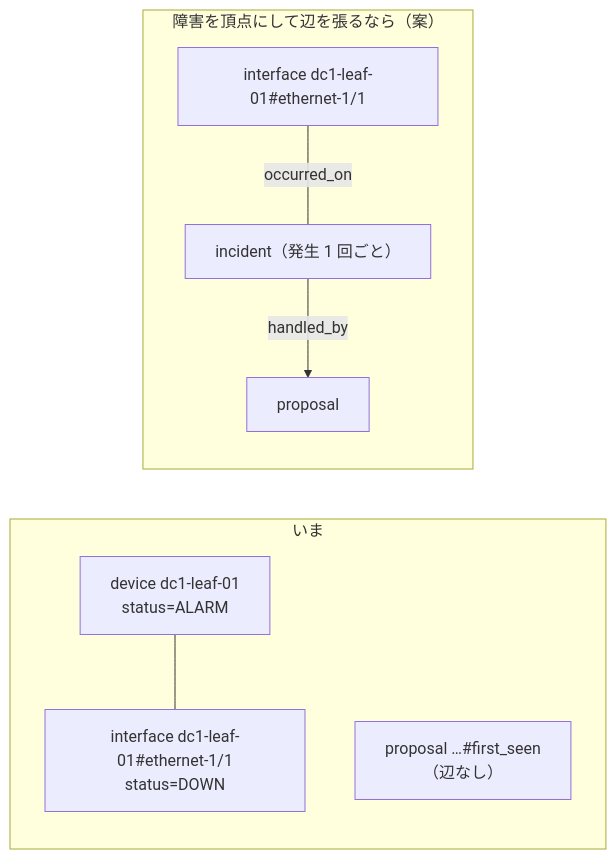
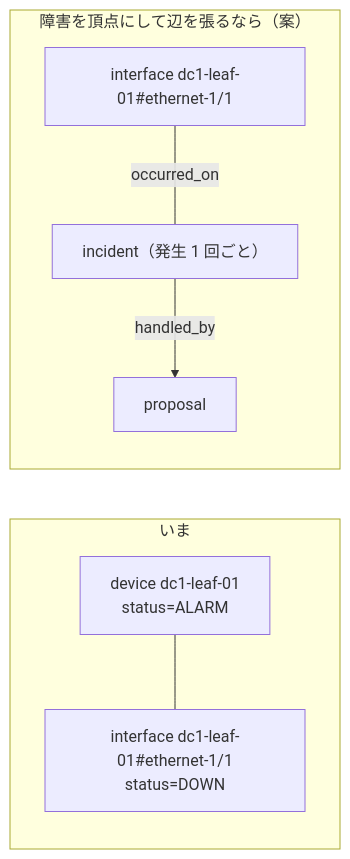
One commit to eddie-eights/nwc-poc changed the second of 2 diagrams in docs/data-stores.md. Above: the diagram before and after it, drawn with Mermaid. The commit also changed other lines of this file and 24 other files, not shown here.

````diff
--- a/docs/data-stores.md
+++ b/docs/data-stores.md
@@ -227,11 +241,10 @@
 ```mermaid
 flowchart LR
   subgraph now["いま"]
     D1["device dc1-leaf-01<br/>status=ALARM"] --- I1["interface dc1-leaf-01#ethernet-1/1<br/>status=DOWN"]
-    P1["proposal …#first_seen<br/>（辺なし）"]
   end
   subgraph idea["障害を頂点にして辺を張るなら（案）"]
     I2["interface dc1-leaf-01#ethernet-1/1"] -- "occurred_on" --- X2["incident（発生 1 回ごと）"]
     X2 -- "handled_by" --> P2["proposal"]
   end
 ```
````
